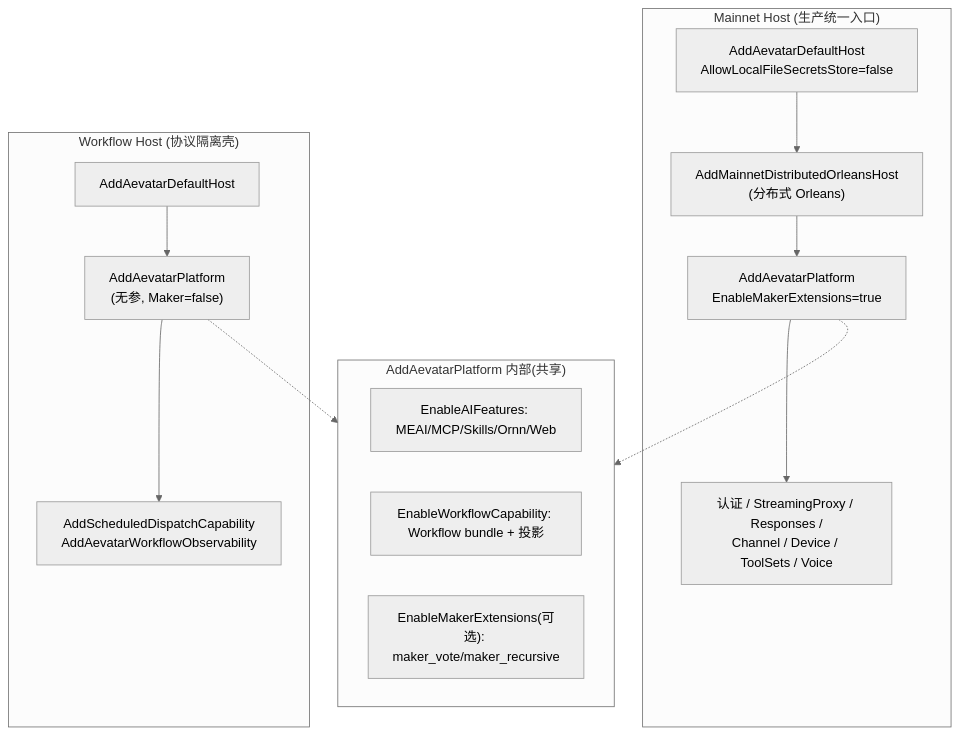
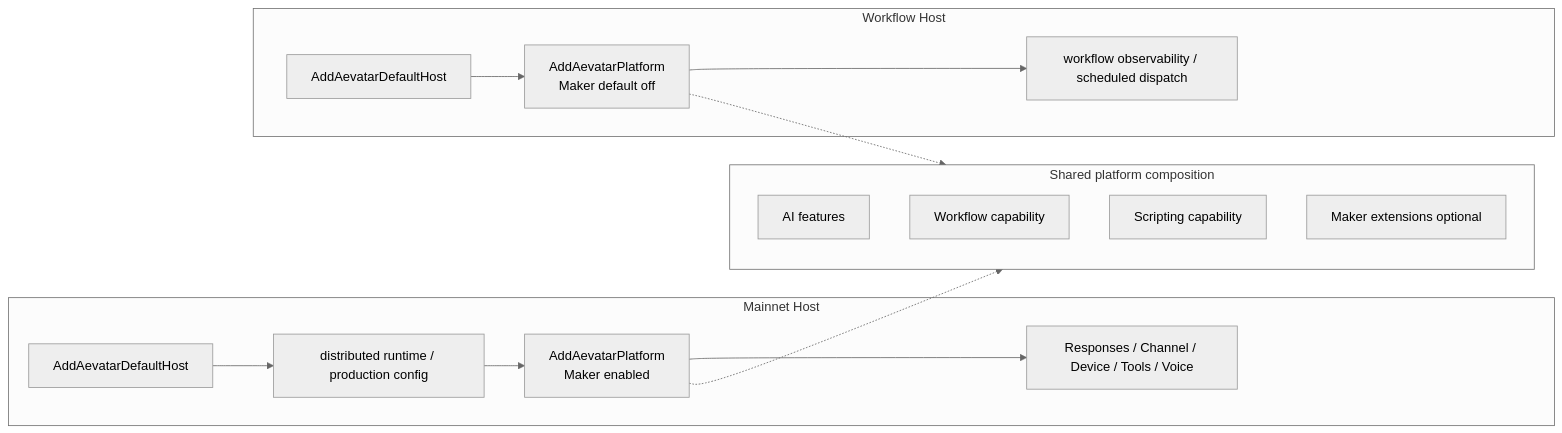
The second of 3 diagrams in 01/01-hosts-and-composition.md (eanzhao-os/aevatar-review), drawn with Mermaid (neutral theme) before and after one commit. The commit also changed other lines of this file and 3 other files, not shown here.

````diff
--- a/01/01-hosts-and-composition.md
+++ b/01/01-hosts-and-composition.md
@@ -107,26 +44,27 @@
 ```mermaid
-graph TB
-    subgraph Mainnet["Mainnet Host (生产统一入口)"]
-        M1["AddAevatarDefaultHost<br/>AllowLocalFileSecretsStore=false"]
-        M2["AddMainnetDistributedOrleansHost<br/>(分布式 Orleans)"]
-        M3["AddAevatarPlatform<br/>EnableMakerExtensions=true"]
-        M4["认证 / StreamingProxy / Responses /<br/>Channel / Device / ToolSets / Voice"]
-        M1 --> M2 --> M3 --> M4
+flowchart LR
+    subgraph Mainnet["Mainnet Host"]
+        M0["AddAevatarDefaultHost"]
+        M1["distributed runtime / production config"]
+        M2["AddAevatarPlatform\nMaker enabled"]
+        M3["Responses / Channel / Device / Tools / Voice"]
+        M0 --> M1 --> M2 --> M3
     end
 
-    subgraph Workflow["Workflow Host (协议隔离壳)"]
-        W1["AddAevatarDefaultHost"]
-        W2["AddAevatarPlatform<br/>(无参, Maker=false)"]
-        W3["AddScheduledDispatchCapability<br/>AddAevatarWorkflowObservability"]
-        W1 --> W2 --> W3
+    subgraph Workflow["Workflow Host"]
+        W0["AddAevatarDefaultHost"]
+        W1["AddAevatarPlatform\nMaker default off"]
+        W2["workflow observability / scheduled dispatch"]
+        W0 --> W1 --> W2
     end
 
-    subgraph Shared["AddAevatarPlatform 内部(共享)"]
-        S1["EnableAIFeatures: MEAI/MCP/Skills/Ornn/Web"]
-        S2["EnableWorkflowCapability: Workflow bundle + 投影"]
-        S3["EnableMakerExtensions(可选): maker_vote/maker_recursive"]
+    subgraph Shared["Shared platform composition"]
+        S0["AI features"]
+        S1["Workflow capability"]
+        S2["Scripting capability"]
+        S3["Maker extensions optional"]
     end
 
-    M3 -.-> Shared
-    W2 -.-> Shared
+    M2 -.-> Shared
+    W1 -.-> Shared
 ```
````
